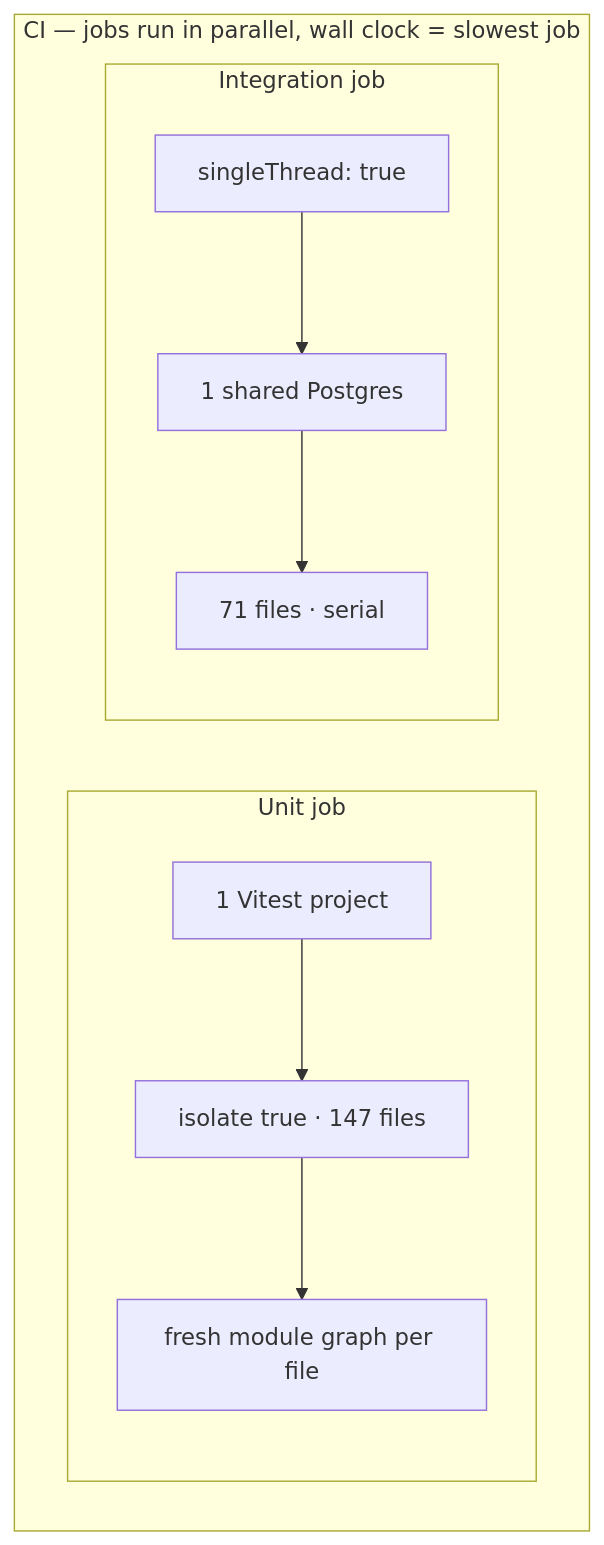
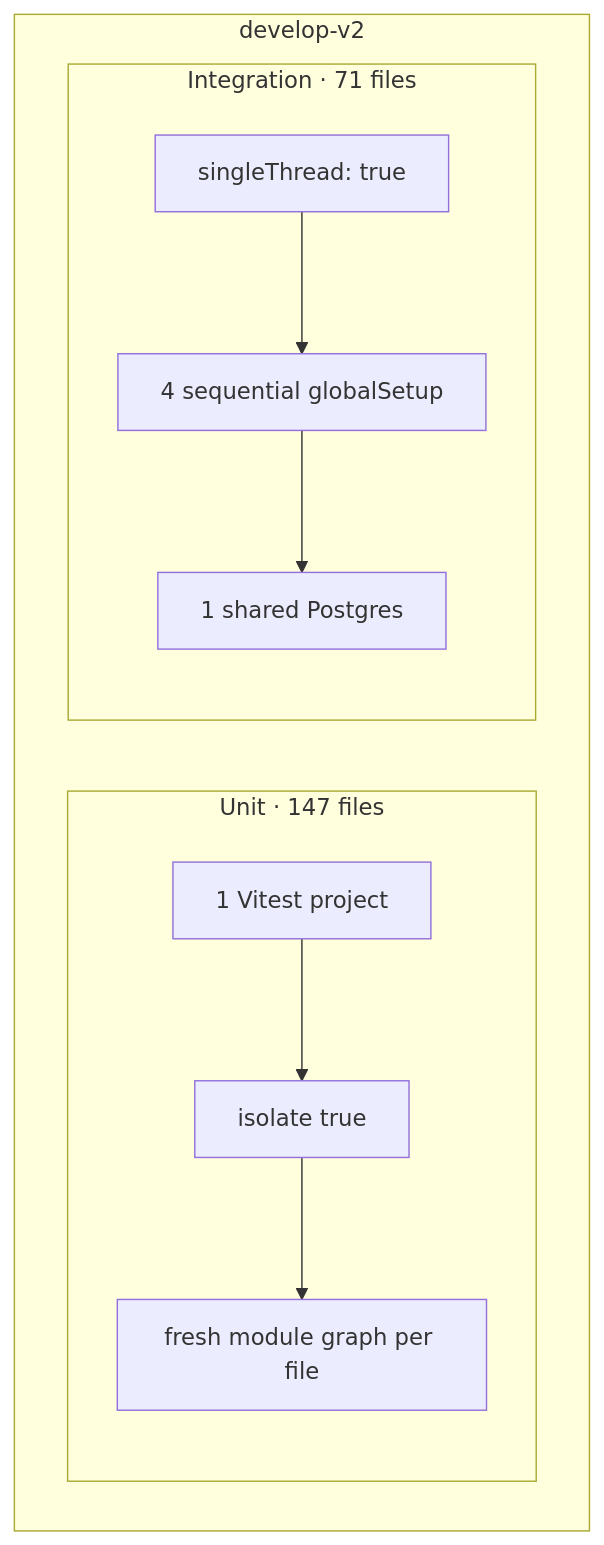
Before and after one commit to opengovsg/plumber: the first of 2 diagrams in docs/blog-speeding-up-vitest-tests.md, drawn with Mermaid. The commit also changed other lines of this file, not shown here.

First line of the commit message:
docs: anchor before diagram to develop-v2 baseline, not CI layout

````diff
--- a/docs/blog-speeding-up-vitest-tests.md
+++ b/docs/blog-speeding-up-vitest-tests.md
@@ -50,22 +50,22 @@
 ```mermaid
 flowchart TB
-  subgraph ci ["CI — jobs run in parallel, wall clock = slowest job"]
+  subgraph before ["develop-v2"]
     direction LR
 
-    subgraph unit ["Unit job"]
+    subgraph unit ["Unit · 147 files"]
       direction TB
       U1["1 Vitest project"]
-      U2["isolate true · 147 files"]
+      U2["isolate true"]
       U3["fresh module graph per file"]
       U1 --> U2 --> U3
     end
 
-    subgraph int ["Integration job"]
+    subgraph int ["Integration · 71 files"]
       direction TB
       I1["singleThread: true"]
-      I2["1 shared Postgres"]
-      I3["71 files · serial"]
+      I2["4 sequential globalSetup"]
+      I3["1 shared Postgres"]
       I1 --> I2 --> I3
     end
   end
 ```
````
